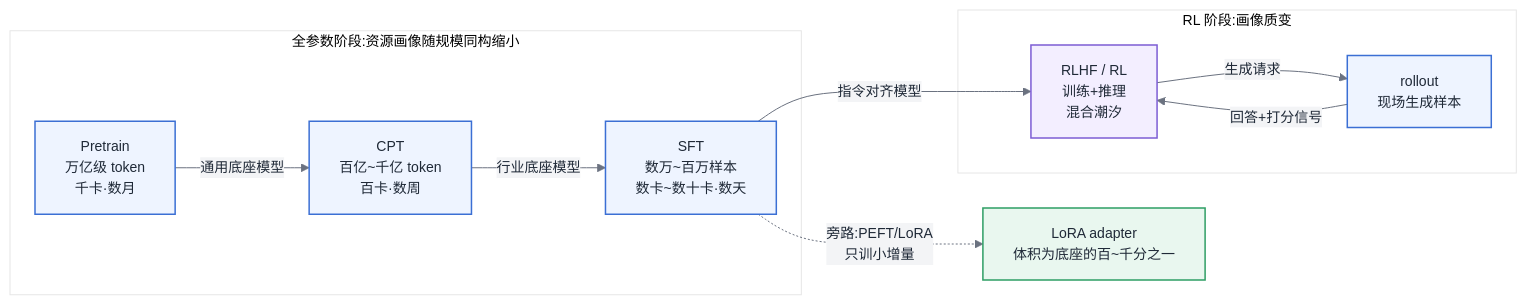
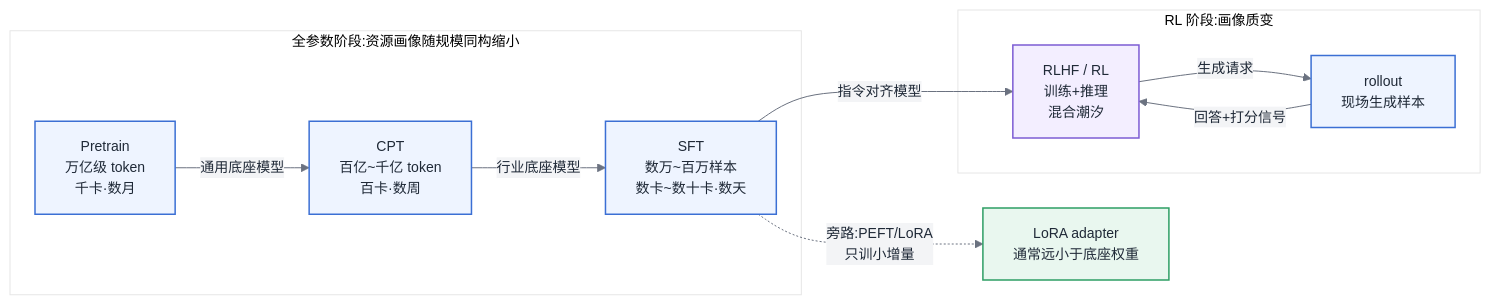
The second of 3 diagrams in 第一部分-基础与心智模型/第03章-人工智能与大模型基础.md (cdavid817/AI-Infra), drawn with Mermaid before and after one commit. The commit also changed other lines of this file and 3 other files, not shown here.

````diff
--- a/第一部分-基础与心智模型/第03章-人工智能与大模型基础.md
+++ b/第一部分-基础与心智模型/第03章-人工智能与大模型基础.md
@@ -252,27 +256,27 @@
 ```mermaid
 %%{init: {'theme':'base','themeVariables':{
   'primaryColor':'#EEF4FF','primaryBorderColor':'#3B6FD4','primaryTextColor':'#1F2937',
   'secondaryColor':'#F3F4F6','tertiaryColor':'#FFFFFF',
   'lineColor':'#6B7280','fontFamily':'-apple-system, Segoe UI, Helvetica, Arial, sans-serif','fontSize':'14px'
 }}}%%
 flowchart LR
   classDef compute fill:#EEF4FF,stroke:#3B6FD4,stroke-width:1.5px,color:#1F2937
   classDef storage fill:#E9F7EF,stroke:#2E9E64,stroke-width:1.5px,color:#1F2937
   classDef ctrl fill:#F3EEFF,stroke:#7C5CD4,stroke-width:1.5px,color:#1F2937
 
   subgraph FULL["全参数阶段:资源画像随规模同构缩小"]
     P["Pretrain<br/>万亿级 token<br/>千卡·数月"]:::compute
     C["CPT<br/>百亿~千亿 token<br/>百卡·数周"]:::compute
     S["SFT<br/>数万~百万样本<br/>数卡~数十卡·数天"]:::compute
   end
   subgraph RL["RL 阶段:画像质变"]
     R["RLHF / RL<br/>训练+推理<br/>混合潮汐"]:::ctrl
     RO["rollout<br/>现场生成样本"]:::compute
   end
   P -- "通用底座模型" --> C
   C -- "行业底座模型" --> S
   S -- "指令对齐模型" --> R
   R -- "生成请求" --> RO
   RO -- "回答+打分信号" --> R
-  S -. "旁路:PEFT/LoRA<br/>只训小增量" .-> L["LoRA adapter<br/>体积为底座的百~千分之一"]:::storage
+  S -. "旁路:PEFT/LoRA<br/>只训小增量" .-> L["LoRA adapter<br/>通常远小于底座权重"]:::storage
 ```
````
